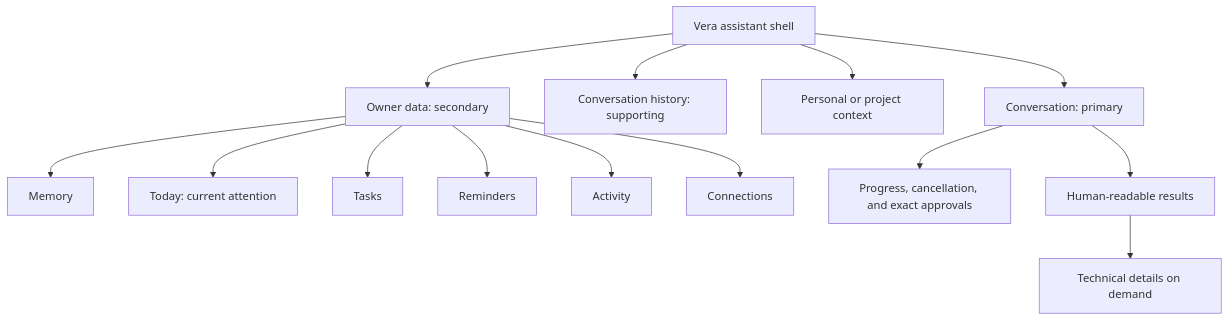
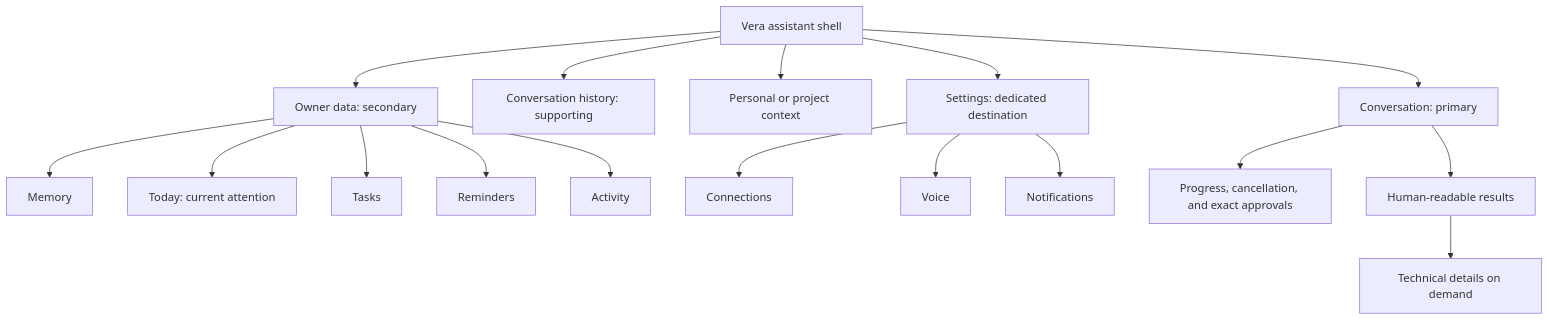
Before and after one commit to 4romgod/vera: the first of 2 diagrams in docs/interface-design.md, drawn with Mermaid. The commit also changed other lines of this file and 114 other files, not shown here.

Commit message:
feat(voice): add local neural speech and settings (#41)

````diff
--- a/docs/interface-design.md
+++ b/docs/interface-design.md
@@ -30,16 +30,19 @@
 ```mermaid
 flowchart TD
     SHELL["Vera assistant shell"] --> CHAT["Conversation: primary"]
     SHELL --> HISTORY["Conversation history: supporting"]
     SHELL --> CONTEXT["Personal or project context"]
     SHELL --> OWNER["Owner data: secondary"]
+    SHELL --> SETTINGS["Settings: dedicated destination"]
     OWNER --> MEMORY["Memory"]
     OWNER --> TODAY["Today: current attention"]
     OWNER --> TASKS["Tasks"]
     OWNER --> REMINDERS["Reminders"]
     OWNER --> ACTIVITY["Activity"]
-    OWNER --> CONNECTIONS["Connections"]
+    SETTINGS --> CONNECTIONS["Connections"]
+    SETTINGS --> VOICE["Voice"]
+    SETTINGS --> NOTIFICATION_SETTINGS["Notifications"]
     CHAT --> CONTROL["Progress, cancellation, and exact approvals"]
     CHAT --> RESULTS["Human-readable results"]
     RESULTS --> DETAILS["Technical details on demand"]
 ```
````
